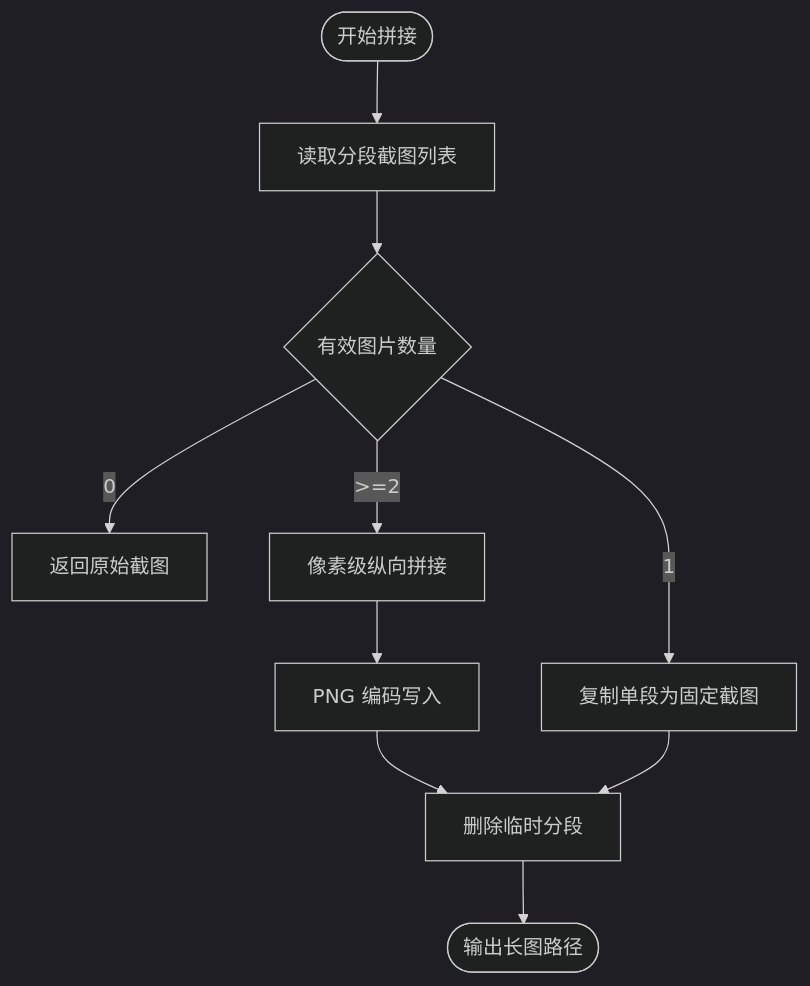
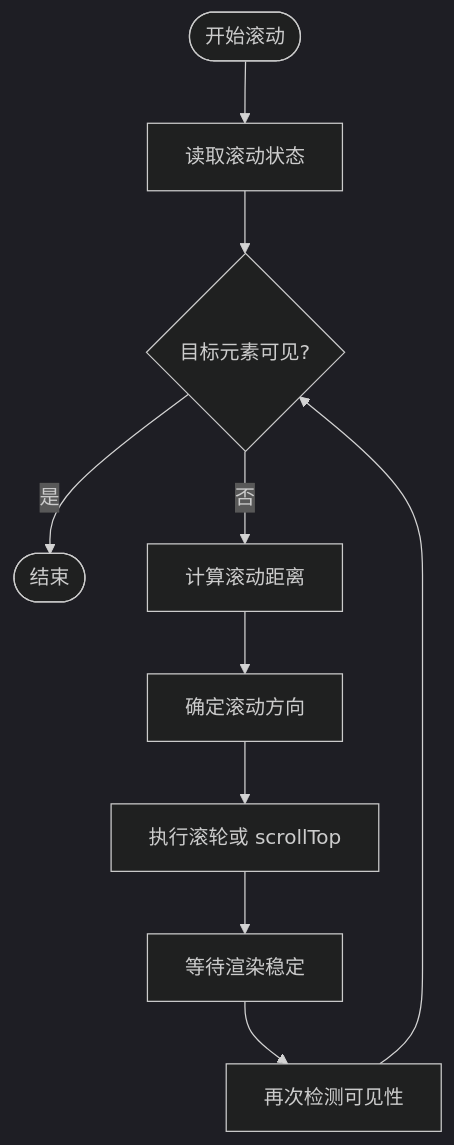
Before and after one commit to alvinwangzi/goodhr: the fifth of 8 diagrams in .qoder/repowiki/zh/content/本地执行器/浏览器自动化/浏览器控制器/截图与滚动控制.md, drawn with Mermaid (dark theme). The commit also changed other lines of this file and 149 other files, not shown here.

````diff
--- a/.qoder/repowiki/zh/content/本地执行器/浏览器自动化/浏览器控制器/截图与滚动控制.md
+++ b/.qoder/repowiki/zh/content/本地执行器/浏览器自动化/浏览器控制器/截图与滚动控制.md
@@ -204,12 +200,12 @@
 ```mermaid
 flowchart TD
-SStart(["开始拼接"]) --> ReadParts["读取分段截图列表"]
-ReadParts --> OneOrFew{"有效图片数量"}
-OneOrFew -- 0 --> ReturnOrig["返回原始截图"]
-OneOrFew -- 1 --> CopySingle["复制单段为固定截图"]
-OneOrFew -- >=2 --> Stitch["像素级纵向拼接"]
-Stitch --> Encode["PNG 编码写入"]
-Encode --> Clean["删除临时分段"]
-CopySingle --> Clean
-Clean --> SEnd(["输出长图路径"])
+Start(["开始滚动"]) --> State["读取滚动状态"]
+State --> TargetVisible{"目标元素可见?"}
+TargetVisible --> |是| Done(["结束"])
+TargetVisible --> |否| Distance["计算滚动距离"]
+Distance --> Direction["确定滚动方向"]
+Direction --> Wheel["执行滚轮或 scrollTop"]
+Wheel --> Wait["等待渲染稳定"]
+Wait --> Check["再次检测可见性"]
+Check --> TargetVisible
 ```
````
